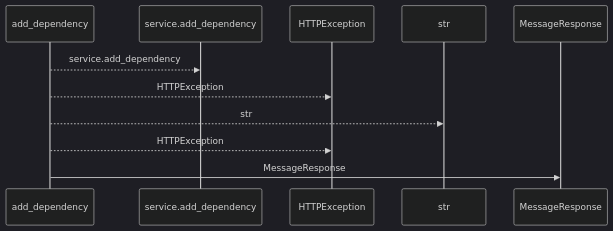
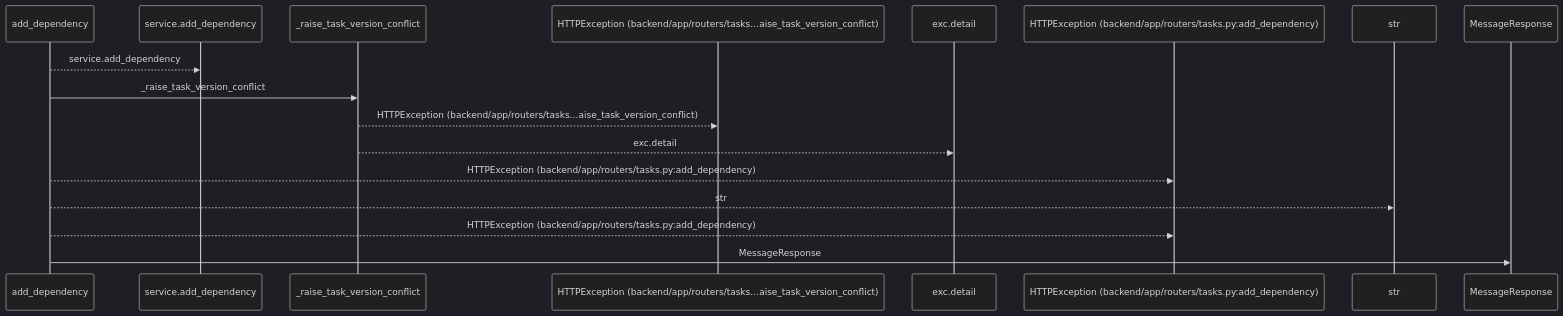
Before and after one commit to Denissvgn/WorkChord: the first of 2 diagrams in docs/llm_wiki/flows/http-add_dependency.md, drawn with Mermaid (dark theme). The commit also changed other lines of this file and 6624 other files, not shown here.

````diff
--- a/docs/llm_wiki/flows/http-add_dependency.md
+++ b/docs/llm_wiki/flows/http-add_dependency.md
@@ -10,13 +10,19 @@
 ```mermaid
 sequenceDiagram
     participant p0 as add_dependency
     participant p1 as service.add_dependency
-    participant p2 as HTTPException
-    participant p3 as str
-    participant p4 as MessageResponse
+    participant p2 as _raise_task_version_conflict
+    participant p3 as HTTPException (backend/app/routers/tasks…aise_task_version_conflict)
+    participant p4 as exc.detail
+    participant p5 as HTTPException (backend/app/routers/tasks.py:add_dependency)
+    participant p6 as str
+    participant p7 as MessageResponse
     p0-->>p1: service.add_dependency
-    p0-->>p2: HTTPException
-    p0-->>p3: str
-    p0-->>p2: HTTPException
-    p0->>p4: MessageResponse
+    p0->>p2: _raise_task_version_conflict
+    p2-->>p3: HTTPException (backend/app/routers/tasks…aise_task_version_conflict)
+    p2-->>p4: exc.detail
+    p0-->>p5: HTTPException (backend/app/routers/tasks.py:add_dependency)
+    p0-->>p6: str
+    p0-->>p5: HTTPException (backend/app/routers/tasks.py:add_dependency)
+    p0->>p7: MessageResponse
 ```
````
